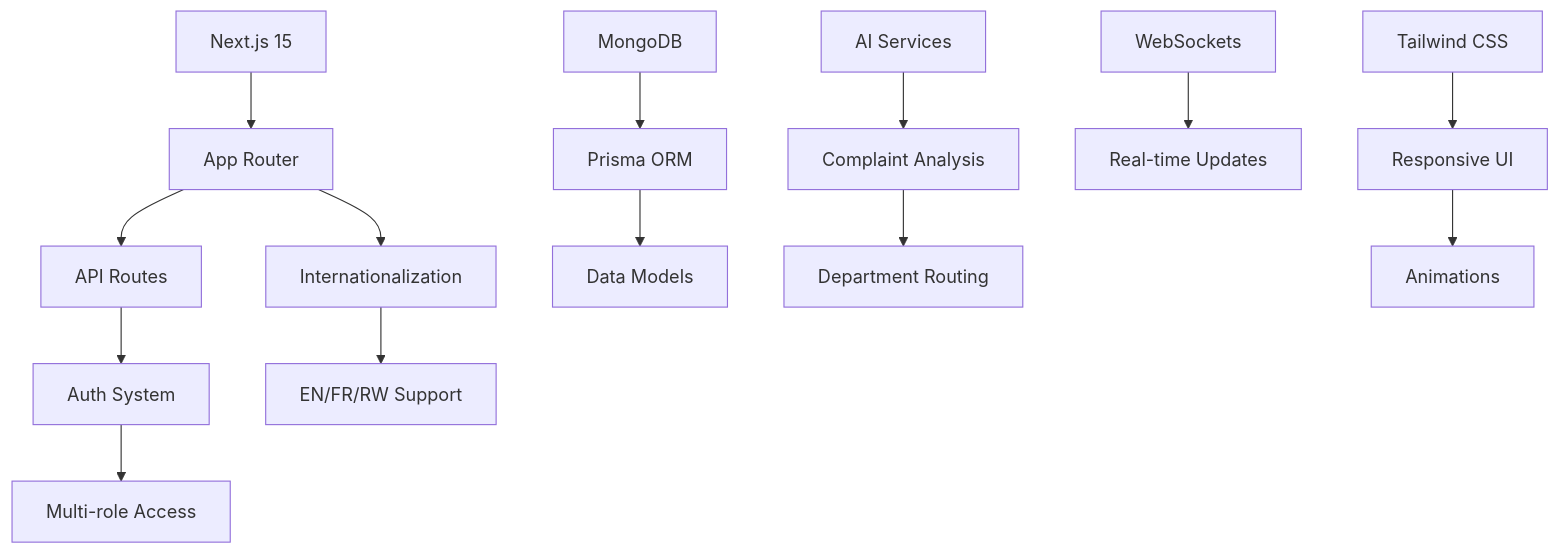
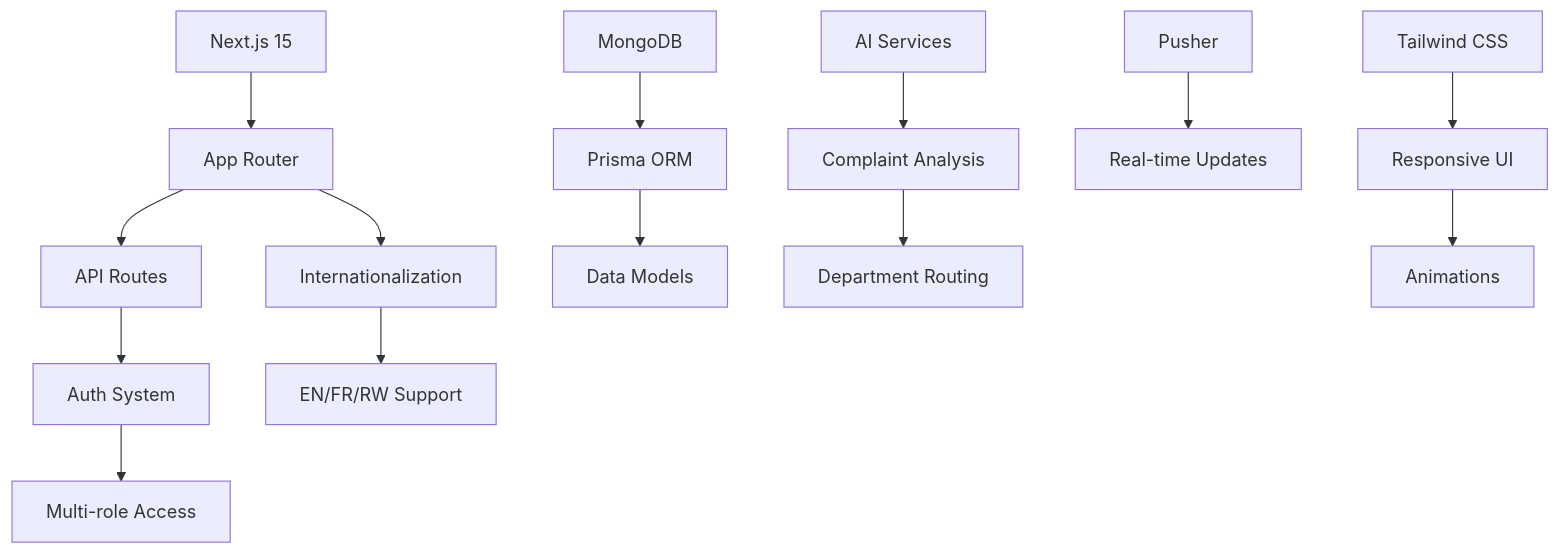
Before and after one commit to EmmanuelSHYIRAMBERE/citizen-connect: the diagram in README.md, drawn with Mermaid. The commit also changed other lines of this file and 21 other files, not shown here.

````diff
--- a/README.md
+++ b/README.md
@@ -110,21 +110,21 @@
   ```mermaid
   graph TD
     A[Next.js 15] --> B[App Router]
     B --> C[API Routes]
     C --> D[Auth System]
     D --> E[Multi-role Access]
     
     B --> F[Internationalization]
     F --> G[EN/FR/RW Support]
     
     H[MongoDB] --> I[Prisma ORM]
     I --> J[Data Models]
     
     K[AI Services] --> L[Complaint Analysis]
     L --> M[Department Routing]
     
-    N[WebSockets] --> O[Real-time Updates]
+    N[Pusher] --> O[Real-time Updates]
     
     P[Tailwind CSS] --> Q[Responsive UI]
     Q --> R[Animations]
   ```
````
